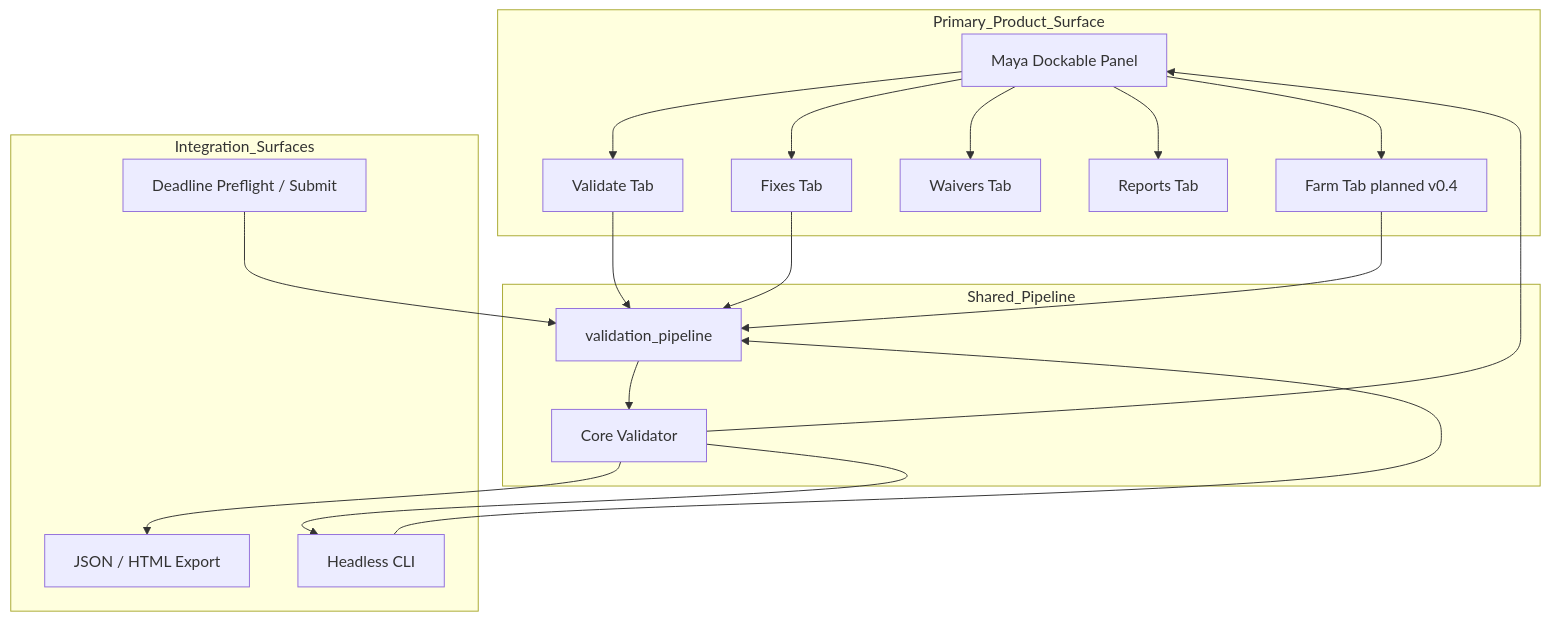
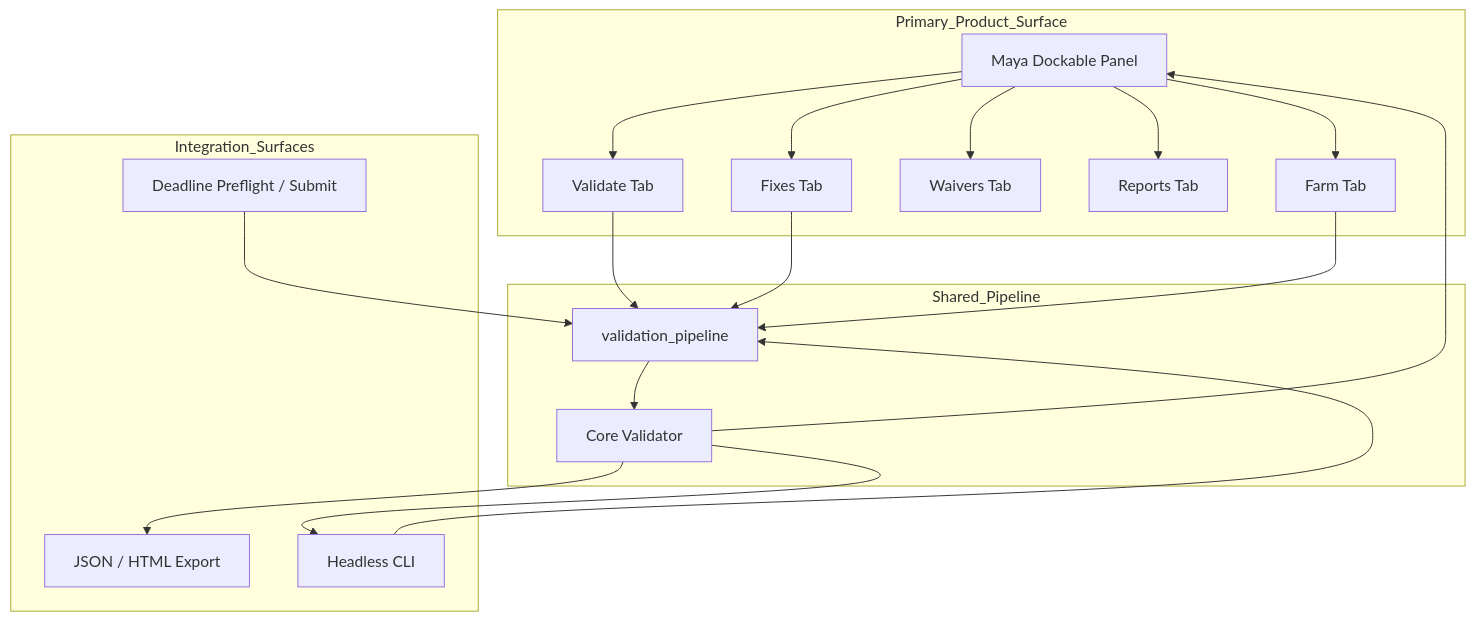
One commit to armasonix/maya-pipeline-inspector changed the first of 3 diagrams in docs/ARCHITECTURE.md. Above: the diagram before and after it, drawn with Mermaid. The commit also changed other lines of this file and 17 other files, not shown here.

First line of the commit message:
Milestone 26 - Deadline GUI & Farm Tab (#143)

````diff
--- a/docs/ARCHITECTURE.md
+++ b/docs/ARCHITECTURE.md
@@ -58,34 +60,34 @@
 ```mermaid
 flowchart TD
     subgraph primary [Primary_Product_Surface]
         PANEL[Maya Dockable Panel]
         VAL[Validate Tab]
         FIX[Fixes Tab]
         WAI[Waivers Tab]
         REP[Reports Tab]
-        FARM[Farm Tab planned v0.4]
+        FARM[Farm Tab]
     end
     subgraph integration [Integration_Surfaces]
         CLI[Headless CLI]
         DL[Deadline Preflight / Submit]
         RPT[JSON / HTML Export]
     end
     subgraph core [Shared_Pipeline]
         VP[validation_pipeline]
         ENG[Core Validator]
     end
     PANEL --> VAL
     PANEL --> FIX
     PANEL --> WAI
     PANEL --> REP
     PANEL --> FARM
     VAL --> VP
     FIX --> VP
     FARM --> VP
     CLI --> VP
     DL --> VP
     VP --> ENG
     ENG --> RPT
     ENG --> PANEL
     ENG --> CLI
 ```
````
